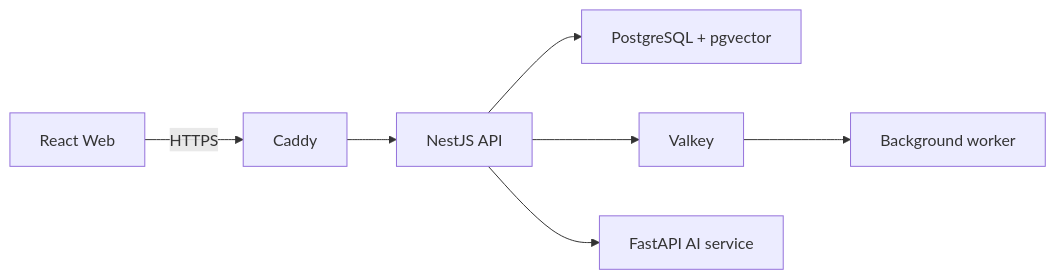
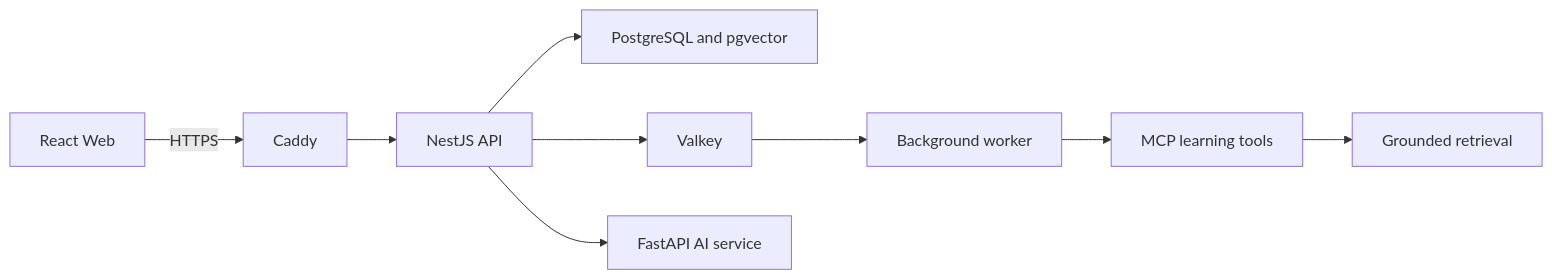
One commit to NearthYou/Studytube changed the diagram in README.md. Above: the diagram before and after it, drawn with Mermaid. The commit also changed other lines of this file and 153 other files, not shown here.

````diff
--- a/README.md
+++ b/README.md
@@ -37,9 +60,11 @@
 ```mermaid
 flowchart LR
-  Browser["React Web"] -->|"HTTPS"| Caddy
-  Caddy --> API["NestJS API"]
-  API --> PostgreSQL["PostgreSQL + pgvector"]
+  Browser[React Web] -->|HTTPS| Caddy
+  Caddy --> API[NestJS API]
+  API --> PostgreSQL[PostgreSQL and pgvector]
   API --> Valkey
-  Valkey --> Worker["Background worker"]
-  API --> AI["FastAPI AI service"]
+  Valkey --> Worker[Background worker]
+  Worker --> MCP[MCP learning tools]
+  MCP --> Retrieval[Grounded retrieval]
+  API --> AI[FastAPI AI service]
 ```
````
